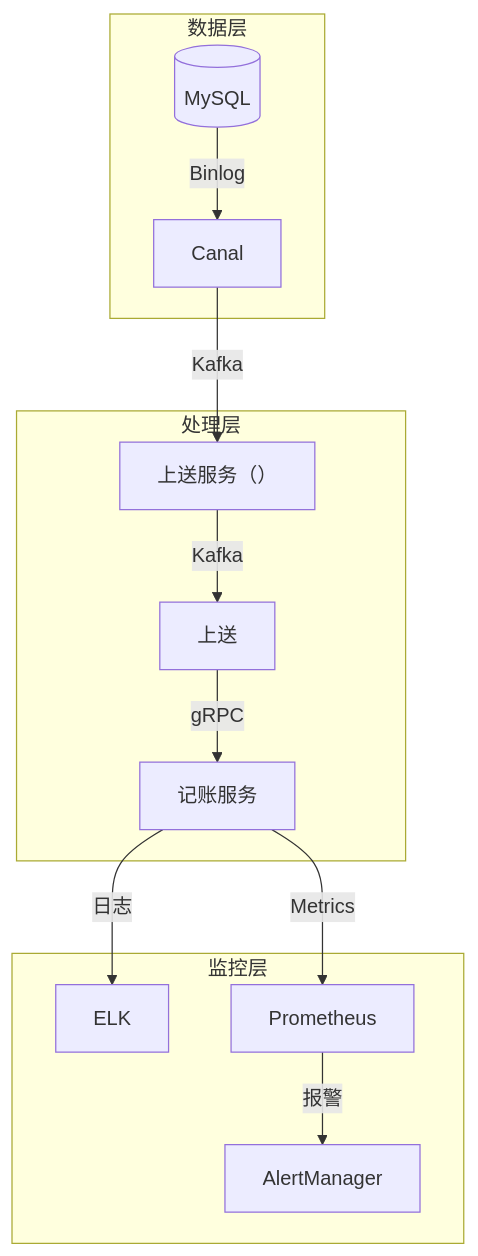
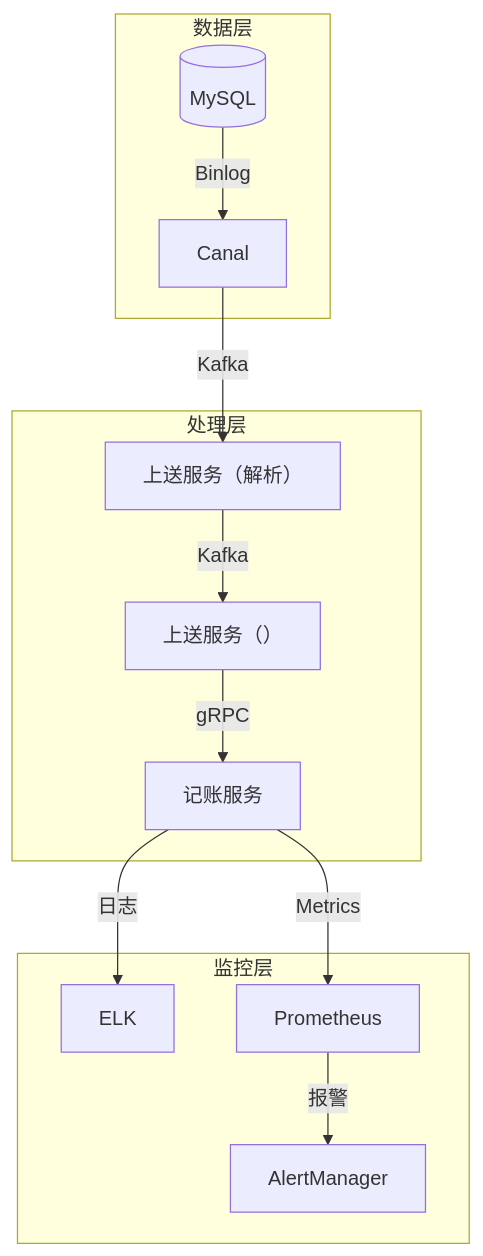
Before and after one commit to 87828943/iodraw-files: the diagram in all/未命名.md, drawn with Mermaid.

Commit message:
2025-07-01 10:41:04 update

````diff
--- a/all/未命名.md
+++ b/all/未命名.md
@@ -1,16 +1,16 @@
 ```mermaid
 graph TB
     subgraph 数据层
         DB[(MySQL)] -->|Binlog| Canal
     end
     subgraph 处理层
-        Canal -->|Kafka| Parser[上送服务（）]
-        Parser -->|Kafka| Engine[上送]
+        Canal -->|Kafka| Parser[上送服务（解析）]
+        Parser -->|Kafka| Engine[上送服务（）]
         Engine -->|gRPC| Accounting[记账服务]
     end
     subgraph 监控层
         Accounting -->|日志| ELK
         Accounting -->|Metrics| Prometheus
         Prometheus -->|报警| AlertManager
     end
 ```
````
